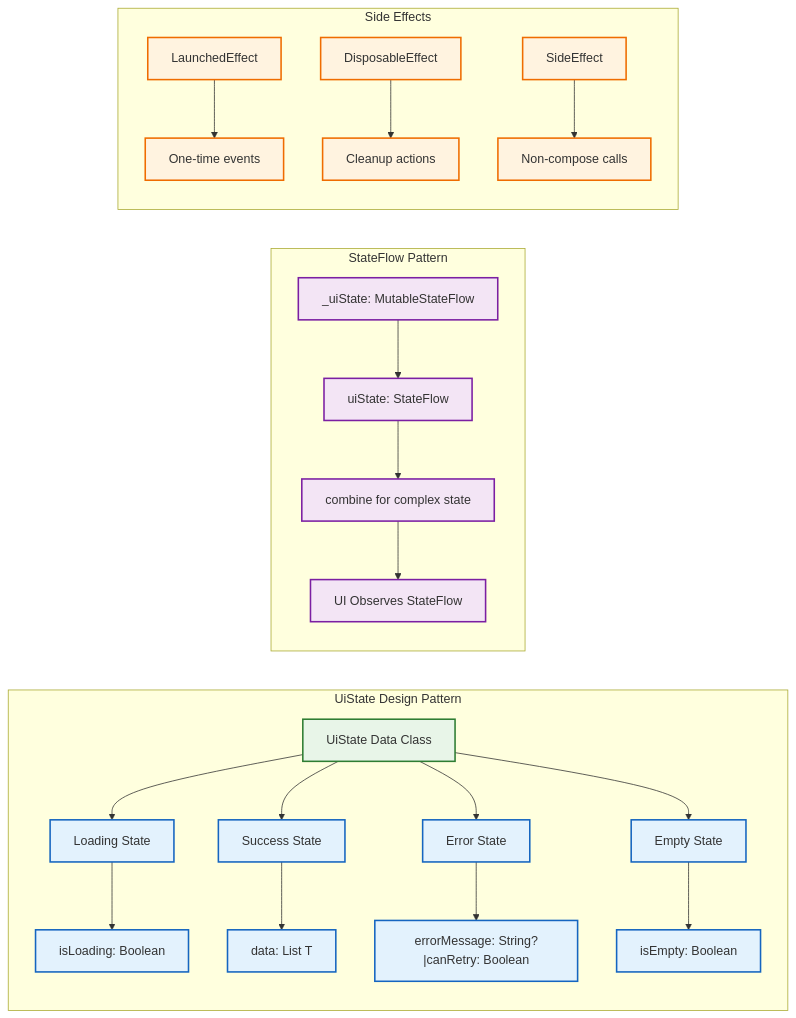
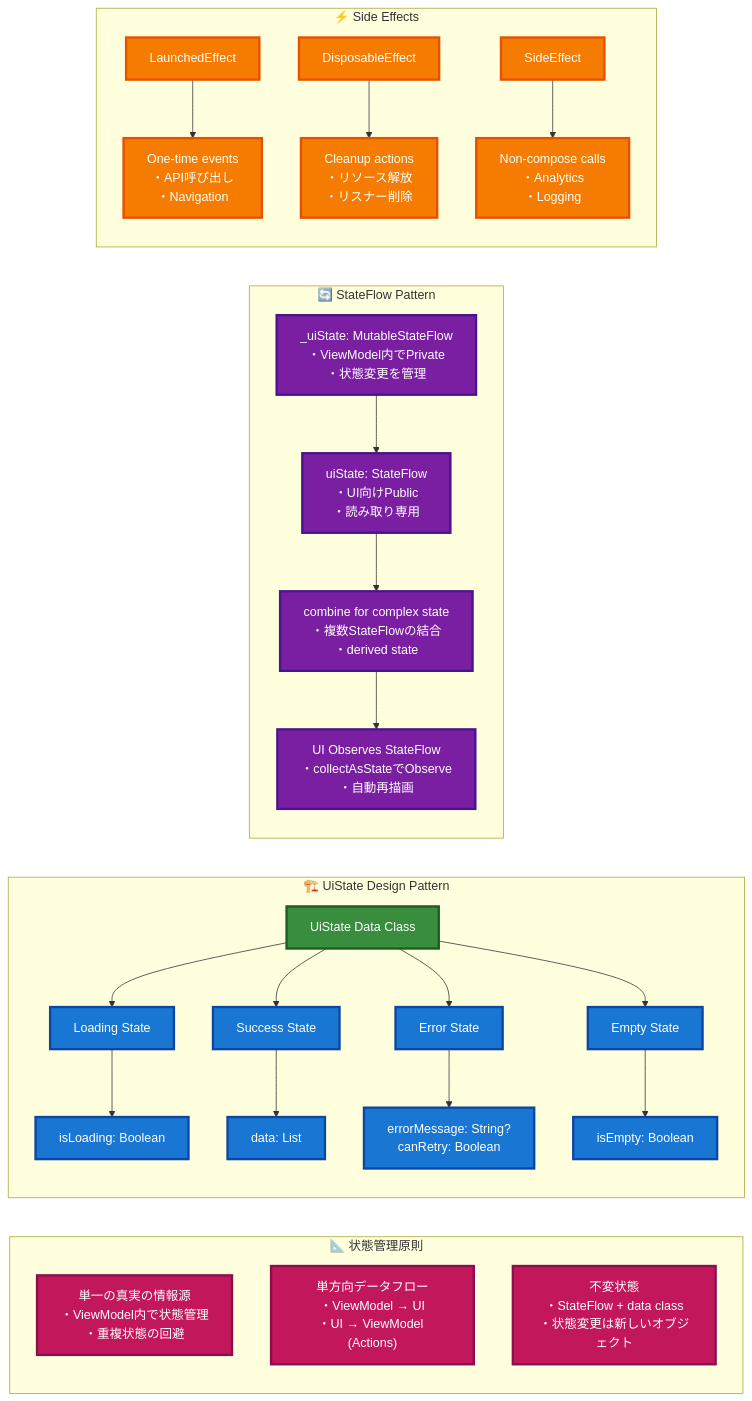
The fifth of 7 diagrams in ARCHITECTURE_GUIDE.md (shimanukims/android-base), drawn with Mermaid before and after one commit. The commit also changed other lines of this file and 10 other files, not shown here.

````diff
--- a/ARCHITECTURE_GUIDE.md
+++ b/ARCHITECTURE_GUIDE.md
@@ -348,37 +409,50 @@
 ```mermaid
 graph LR
-    subgraph UiStateDesignPattern ["UiState Design Pattern"]
-        A[UiState Data Class] --> B[Loading State]
-        A --> C[Success State]
-        A --> D[Error State]
-        A --> E[Empty State]
-        
-        B --> F["isLoading: Boolean"]
-        C --> G["data: List T"]
-        D --> H["errorMessage: String?|canRetry: Boolean"]
-        E --> I["isEmpty: Boolean"]
+    subgraph StateManagementPrinciples ["📐 状態管理原則"]
+        A["単一の真実の情報源<br/>・ViewModel内で状態管理<br/>・重複状態の回避"]
+        B["単方向データフロー<br/>・ViewModel → UI<br/>・UI → ViewModel (Actions)"]
+        C["不変状態<br/>・StateFlow + data class<br/>・状態変更は新しいオブジェクト"]
     end
     
-    subgraph StateFlowPattern ["StateFlow Pattern"]
-        J["_uiState: MutableStateFlow"] --> K["uiState: StateFlow"]
-        K --> L["combine for complex state"]
-        L --> M["UI Observes StateFlow"]
+    subgraph UiStateDesignPattern ["🏗️ UiState Design Pattern"]
+        D[UiState Data Class] --> E[Loading State]
+        D --> F[Success State]
+        D --> G[Error State]
+        D --> H[Empty State]
+        
+        E --> I["isLoading: Boolean"]
+        F --> J["data: List<T>"]
+        G --> K["errorMessage: String?<br/>canRetry: Boolean"]
+        H --> L["isEmpty: Boolean"]
     end
     
-    subgraph SideEffects ["Side Effects"]
-        N[LaunchedEffect] --> O[One-time events]
-        P[DisposableEffect] --> Q[Cleanup actions]
-        R[SideEffect] --> S[Non-compose calls]
+    subgraph StateFlowPattern ["🔄 StateFlow Pattern"]
+        M["_uiState: MutableStateFlow<br/>・ViewModel内でPrivate<br/>・状態変更を管理"]
+        N["uiState: StateFlow<br/>・UI向けPublic<br/>・読み取り専用"]
+        O["combine for complex state<br/>・複数StateFlowの結合<br/>・derived state"]
+        P["UI Observes StateFlow<br/>・collectAsStateでObserve<br/>・自動再描画"]
+        
+        M --> N
+        N --> O
+        O --> P
     end
     
-    %% スタイリング
-    classDef uiStateStyle fill:#e8f5e8,stroke:#2e7d32,stroke-width:2px
-    classDef stateTypeStyle fill:#e3f2fd,stroke:#1565c0,stroke-width:2px
-    classDef stateFlowStyle fill:#f3e5f5,stroke:#7b1fa2,stroke-width:2px
-    classDef sideEffectStyle fill:#fff3e0,stroke:#ef6c00,stroke-width:2px
+    subgraph SideEffects ["⚡ Side Effects"]
+        Q[LaunchedEffect] --> R[One-time events<br/>・API呼び出し<br/>・Navigation]
+        S[DisposableEffect] --> T[Cleanup actions<br/>・リソース解放<br/>・リスナー削除]
+        U[SideEffect] --> V[Non-compose calls<br/>・Analytics<br/>・Logging]
+    end
     
-    class A uiStateStyle
-    class B,C,D,E,F,G,H,I stateTypeStyle
-    class J,K,L,M stateFlowStyle
-    class N,O,P,Q,R,S sideEffectStyle
+    %% スタイリング - VSCode対応
+    classDef principleStyle fill:#c2185b,stroke:#880e4f,stroke-width:3px,color:#ffffff
+    classDef uiStateStyle fill:#388e3c,stroke:#1b5e20,stroke-width:3px,color:#ffffff
+    classDef stateTypeStyle fill:#1976d2,stroke:#0d47a1,stroke-width:3px,color:#ffffff
+    classDef stateFlowStyle fill:#7b1fa2,stroke:#4a148c,stroke-width:3px,color:#ffffff
+    classDef sideEffectStyle fill:#f57c00,stroke:#e65100,stroke-width:3px,color:#ffffff
+    
+    class A,B,C principleStyle
+    class D uiStateStyle
+    class E,F,G,H,I,J,K,L stateTypeStyle
+    class M,N,O,P stateFlowStyle
+    class Q,R,S,T,U,V sideEffectStyle
 ```
````
